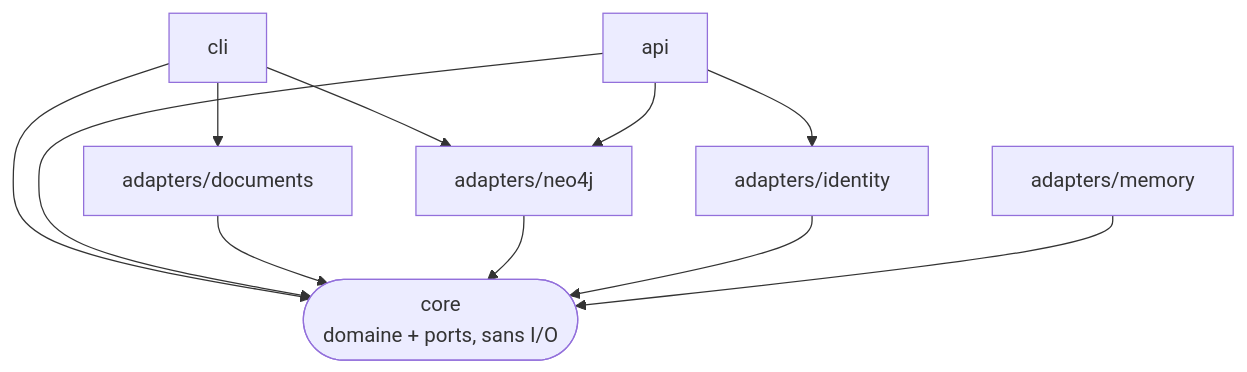
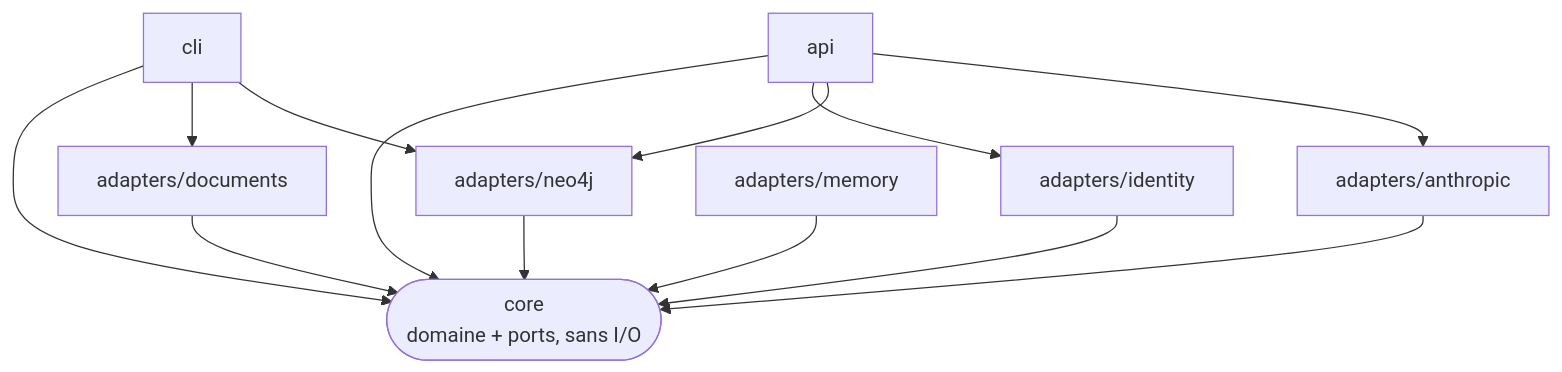
Before and after one commit to Graph-Warden/graph-warden: the eighth of 8 diagrams in README.fr.md, drawn with Mermaid. The commit also changed other lines of this file and 39 other files, not shown here.

````diff
--- a/README.fr.md
+++ b/README.fr.md
@@ -372,14 +460,16 @@
 ```mermaid
 flowchart TB
     cli[cli] --> core
     api[api] --> core
     cli --> documents[adapters/documents]
     cli --> neo4j[adapters/neo4j]
     api --> identity[adapters/identity]
     api --> neo4j
+    api --> anthropic[adapters/anthropic]
+    anthropic --> core
     documents --> core
     neo4j --> core
     identity --> core
     memory[adapters/memory] --> core
     core(["core<br/>domaine + ports, sans I/O"])
 ```
````
